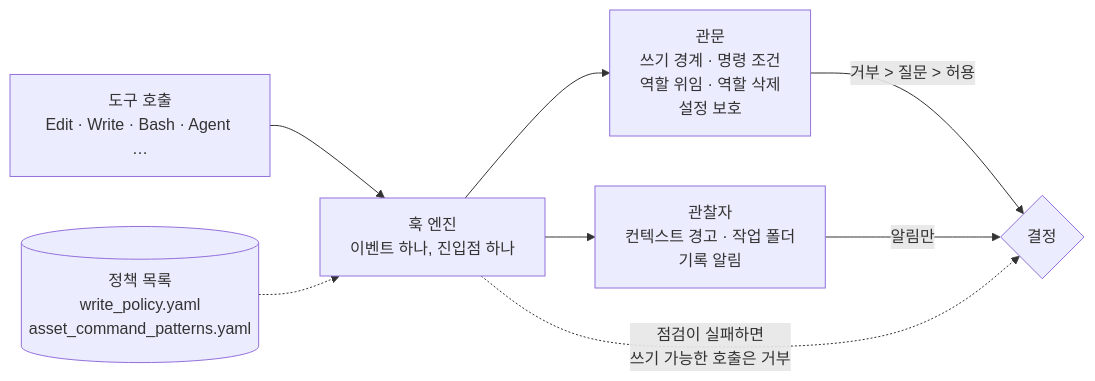
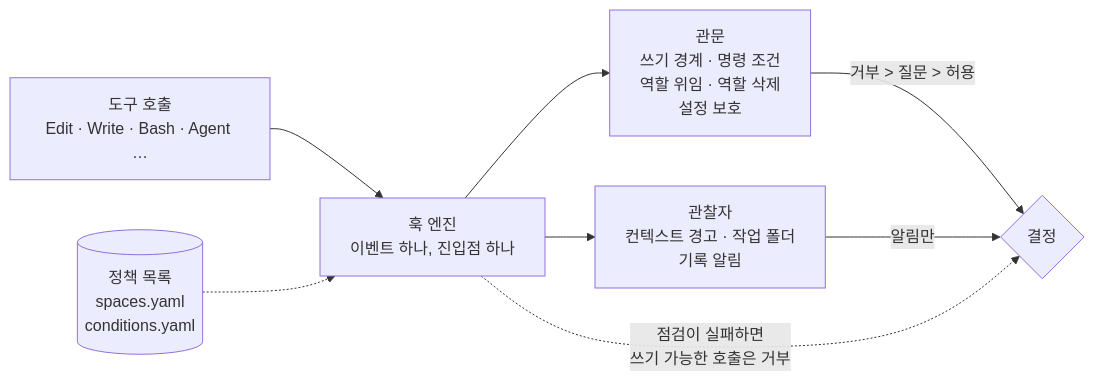
One commit to Alex2006-KOR/aise-org-site changed the second of 2 diagrams in docs/story/how-it-is-kept.md. Above: the diagram before and after it, drawn with Mermaid. The commit also changed other lines of this file and 63 other files, not shown here.

Commit message:
P-23 follow-up: aise-core's moved paths and asset policy, EN briefing step 2, rendered EN check, live evidence

````diff
--- a/docs/story/how-it-is-kept.md
+++ b/docs/story/how-it-is-kept.md
@@ -185,10 +188,10 @@
 ```mermaid
 flowchart LR
   T["도구 호출<br/>Edit · Write · Bash · Agent …"] --> E["훅 엔진<br/>이벤트 하나, 진입점 하나"]
-  P[("정책 목록<br/>write_policy.yaml<br/>asset_command_patterns.yaml")] -.-> E
+  P[("정책 목록<br/>spaces.yaml<br/>conditions.yaml")] -.-> E
   E --> G["관문<br/>쓰기 경계 · 명령 조건<br/>역할 위임 · 역할 삭제<br/>설정 보호"]
   E --> O["관찰자<br/>컨텍스트 경고 · 작업 폴더<br/>기록 알림"]
   G -->|"거부 > 질문 > 허용"| D{"결정"}
   O -->|"알림만"| D
   E -.->|"점검이 실패하면<br/>쓰기 가능한 호출은 거부"| D
 ```
````
